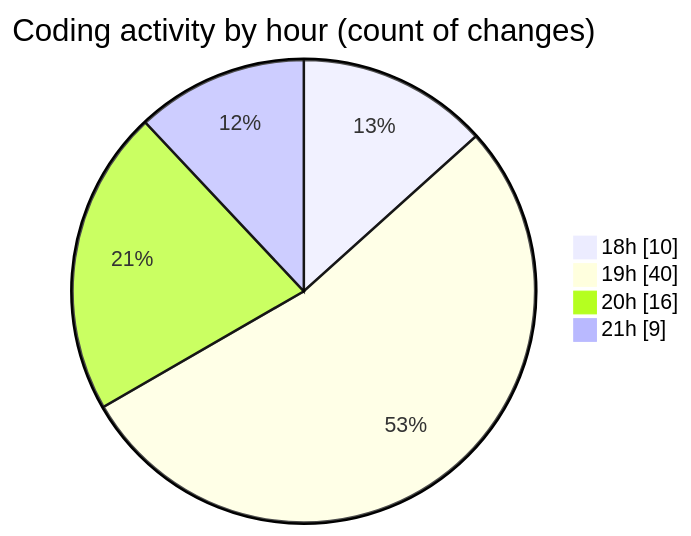
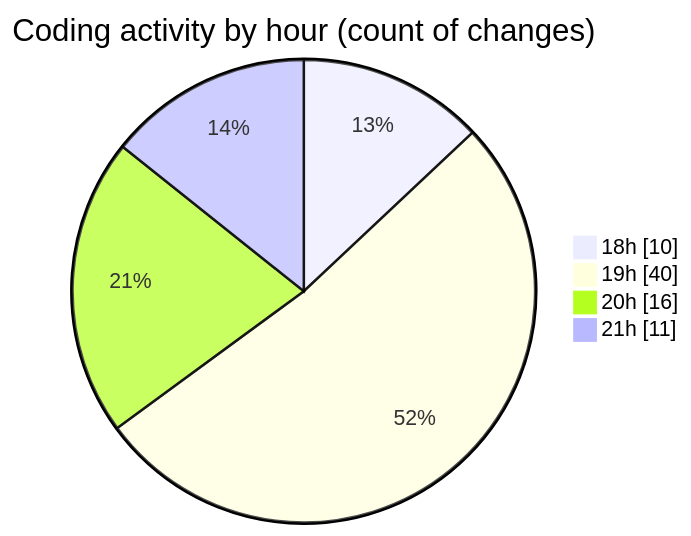
The second of 2 diagrams in 2025-03-29/back-end/README.md (Netris89/code-tracking), drawn with Mermaid before and after one commit. The commit also changed other lines of this file and 1 other file, not shown here.

````diff
--- a/2025-03-29/back-end/README.md
+++ b/2025-03-29/back-end/README.md
@@ -31,8 +31,8 @@
 ```mermaid
 pie showData
 title Coding activity by hour (count of changes)
 "18h" : 10
 "19h" : 40
 "20h" : 16
-"21h" : 9
+"21h" : 11
 ```
````
